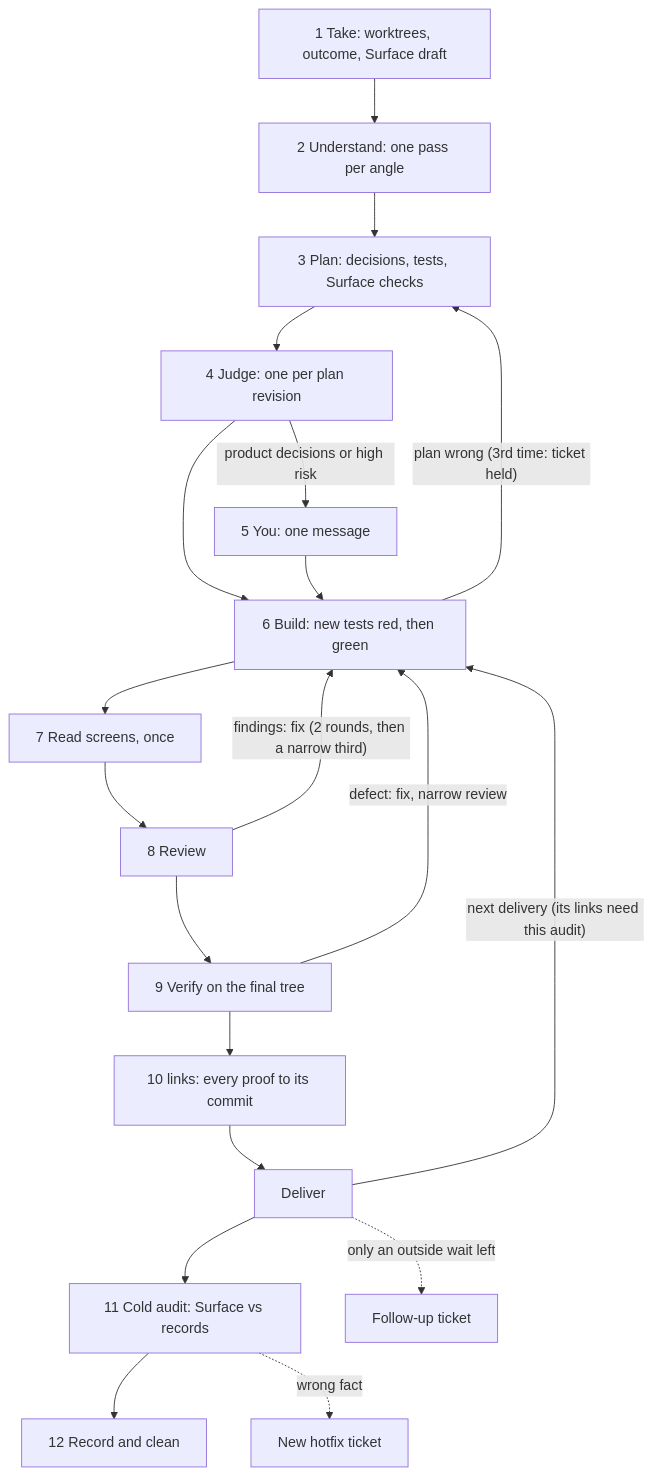
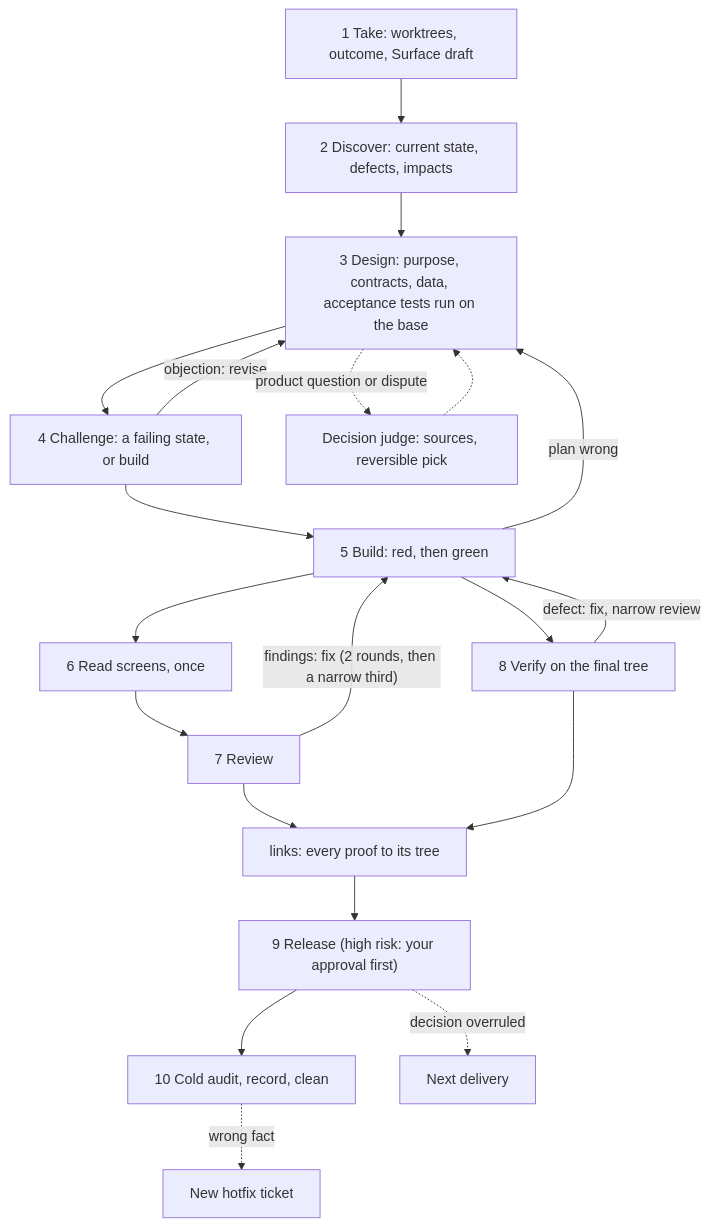
The diagram in README.md (o-m-a-r-k/agentic-workflow), drawn with Mermaid before and after one commit. The commit also changed other lines of this file and 28 other files, not shown here.

````diff
--- a/README.md
+++ b/README.md
@@ -26,22 +23,22 @@
 ```mermaid
 flowchart TD
-  T["1 Take: worktrees, outcome, Surface draft"] --> U["2 Understand: one pass per angle"]
-  U --> P["3 Plan: decisions, tests, Surface checks"]
-  P --> J["4 Judge: one per plan revision"]
-  J -- "product decisions or high risk" --> Y["5 You: one message"]
-  J --> B["6 Build: new tests red, then green"]
-  Y --> B
-  B -- "plan wrong (3rd time: ticket held)" --> P
-  B --> Rd["7 Read screens, once"]
-  Rd --> Rv["8 Review"]
+  T["1 Take: worktrees, outcome, Surface draft"] --> Di["2 Discover: current state, defects, impacts"]
+  Di --> De["3 Design: purpose, contracts, data, acceptance tests run on the base"]
+  De --> Ch["4 Challenge: a failing state, or build"]
+  Ch -- "objection: revise" --> De
+  De -. "product question or dispute" .-> Dj["Decision judge: sources, reversible pick"]
+  Dj -.-> De
+  Ch --> B["5 Build: red, then green"]
+  B -- "plan wrong" --> De
+  B --> Rd["6 Read screens, once"]
+  Rd --> Rv["7 Review"]
+  B --> V["8 Verify on the final tree"]
   Rv -- "findings: fix (2 rounds, then a narrow third)" --> B
-  Rv --> V["9 Verify on the final tree"]
   V -- "defect: fix, narrow review" --> B
-  V --> L["10 links: every proof to its commit"]
-  L --> D["Deliver"]
-  D --> A["11 Cold audit: Surface vs records"]
-  D -- "next delivery (its links need this audit)" --> B
-  A --> C["12 Record and clean"]
+  Rv --> L["links: every proof to its tree"]
+  V --> L
+  L --> R["9 Release (high risk: your approval first)"]
+  R --> A["10 Cold audit, record, clean"]
   A -. "wrong fact" .-> H["New hotfix ticket"]
-  D -. "only an outside wait left" .-> F["Follow-up ticket"]
+  R -. "decision overruled" .-> N["Next delivery"]
 ```
````
